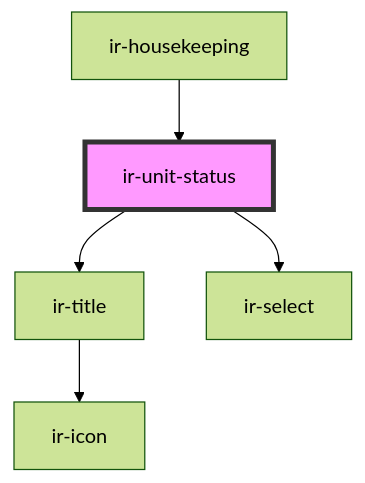
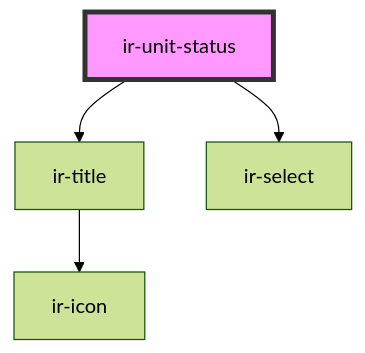
The diagram in src/components/ir-housekeeping/ir-unit-status/readme.md (RonyRizk/ir-webcmp), drawn with Mermaid (forest theme) before and after one commit. The commit also changed other lines of this file and 293 other files, not shown here.

````diff
--- a/src/components/ir-housekeeping/ir-unit-status/readme.md
+++ b/src/components/ir-housekeeping/ir-unit-status/readme.md
@@ -27,8 +23,7 @@
 ```mermaid
 graph TD;
   ir-unit-status --> ir-title
   ir-unit-status --> ir-select
   ir-title --> ir-icon
-  ir-housekeeping --> ir-unit-status
   style ir-unit-status fill:#f9f,stroke:#333,stroke-width:4px
 ```
````
